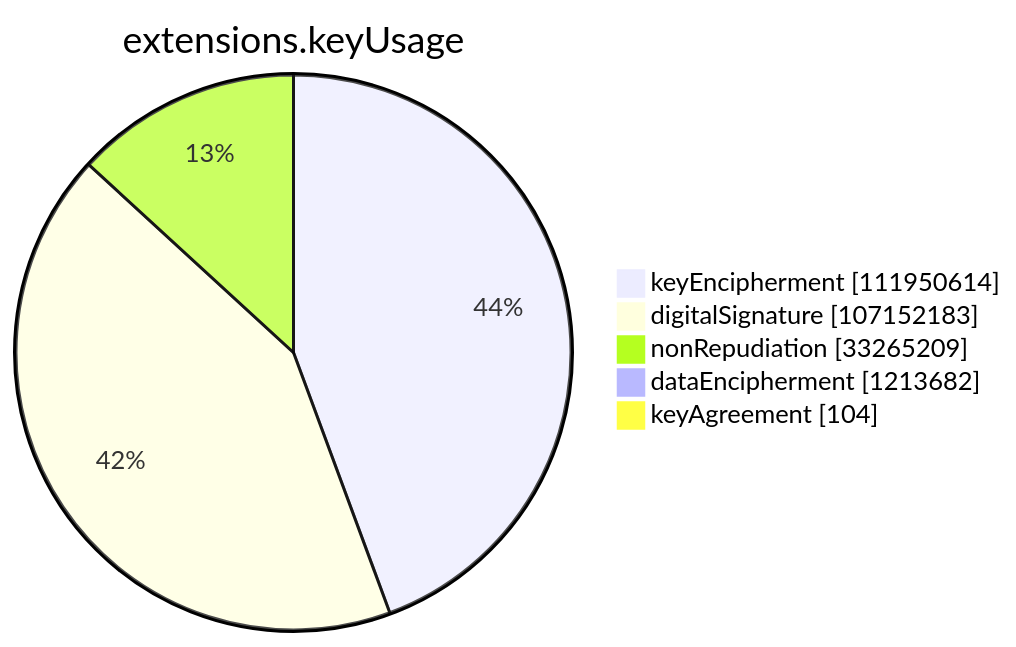
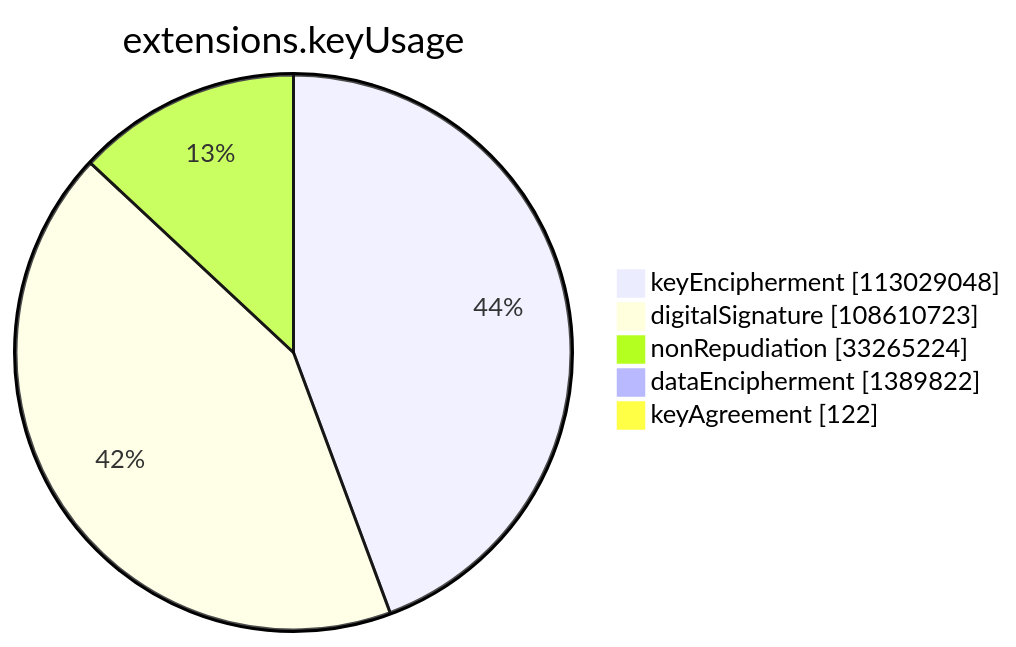
One commit to christiankrug/ctmonitor_visualization changed the sixth of 15 diagrams in xenon2023/README.md. Above: the diagram before and after it, drawn with Mermaid. The commit also changed other lines of this file, not shown here.

````diff
--- a/xenon2023/README.md
+++ b/xenon2023/README.md
@@ -2129,9 +2129,9 @@
 ```mermaid
 pie showData
 title extensions.keyUsage
-"keyEncipherment" :111950614
-"digitalSignature" :107152183
-"nonRepudiation" :33265209
-"dataEncipherment" :1213682
-"keyAgreement" :104
+"keyEncipherment" :113029048
+"digitalSignature" :108610723
+"nonRepudiation" :33265224
+"dataEncipherment" :1389822
+"keyAgreement" :122
 ```
````
